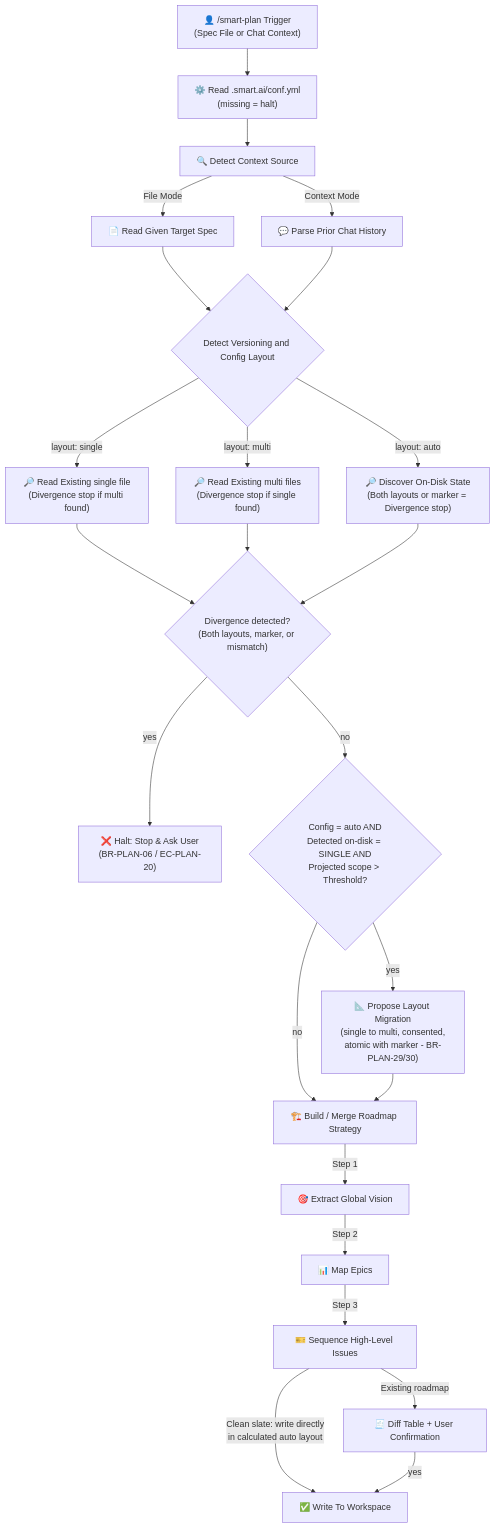
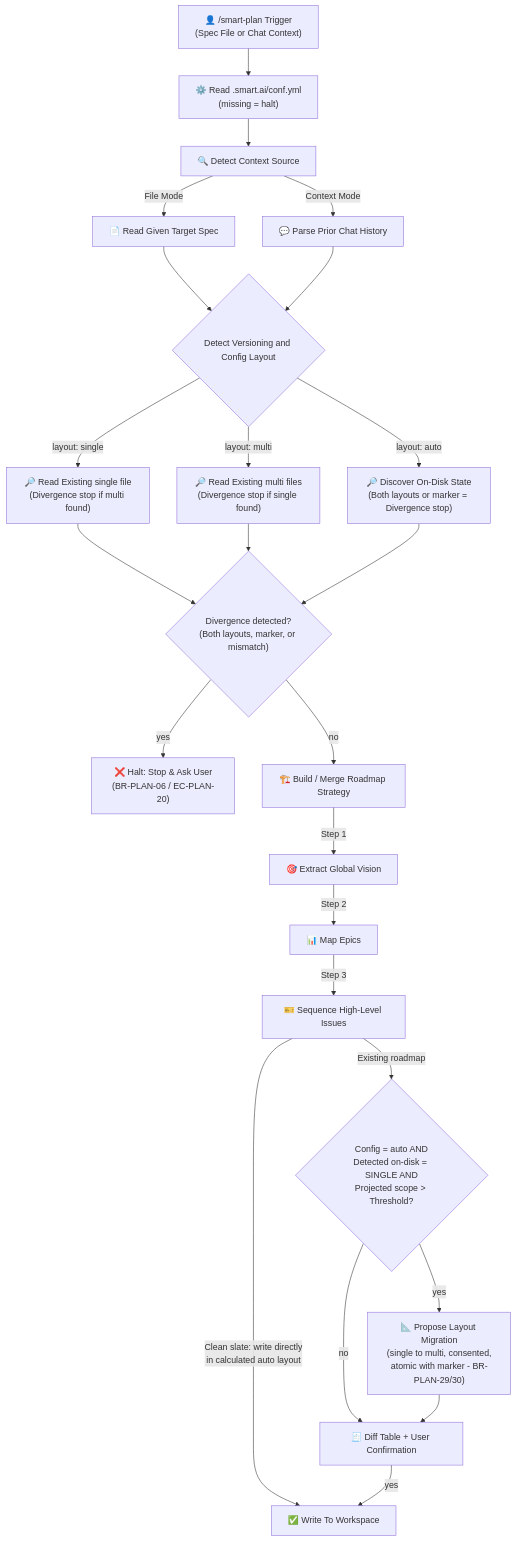
One commit to fletort/smart-ai-factory changed the first of 3 diagrams in docs/specs/smart-plan.md. Above: the diagram before and after it, drawn with Mermaid. The commit also changed other lines of this file, not shown here.

````diff
--- a/docs/specs/smart-plan.md
+++ b/docs/specs/smart-plan.md
@@ -49,36 +49,35 @@
   ```mermaid
   graph TD
       Input["👤 /smart-plan Trigger<br/>(Spec File or Chat Context)"] --> Config["⚙️ Read .smart.ai/conf.yml<br/>(missing = halt)"]
       Config --> Source["🔍 Detect Context Source"]
 
       Source -->|File Mode| ReadFile["📄 Read Given Target Spec"]
       Source -->|Context Mode| ReadChat["💬 Parse Prior Chat History"]
 
       ReadFile --> Strategy{"Detect Versioning and Config Layout"}
       ReadChat --> Strategy
 
       Strategy -->|layout: single| DiscoverSingle["🔎 Read Existing single file<br/>(Divergence stop if multi found)"]
       Strategy -->|layout: multi| DiscoverMulti["🔎 Read Existing multi files<br/>(Divergence stop if single found)"]
       Strategy -->|layout: auto| DiscoverAuto["🔎 Discover On-Disk State<br/>(Both layouts or marker = Divergence stop)"]
 
       DiscoverSingle --> CheckDiv{"Divergence detected?<br/>(Both layouts, marker, or mismatch)"}
       DiscoverMulti --> CheckDiv
       DiscoverAuto --> CheckDiv
 
       CheckDiv -->|yes| HaltDiv["❌ Halt: Stop & Ask User<br/>(BR-PLAN-06 / EC-PLAN-20)"]
-      CheckDiv -->|no| LayoutEval{"Config = auto AND<br/>Detected on-disk = SINGLE AND<br/>Projected scope > Threshold?"}
-
-      LayoutEval{"Config = auto AND<br/>Detected on-disk = SINGLE AND<br/>Projected scope > Threshold?"}
-
-      LayoutEval -->|yes| ProposeLayout["📐 Propose Layout Migration<br/>(single to multi, consented,<br/>atomic with marker - BR-PLAN-29/30)"]
-      LayoutEval -->|no| Process["🏗️ Build / Merge Roadmap Strategy"]
-      ProposeLayout --> Process
+      CheckDiv -->|no| Process["🏗️ Build / Merge Roadmap Strategy"]
 
       Process -->|Step 1| Vision["🎯 Extract Global Vision"]
       Vision -->|Step 2| Epics["📊 Map Epics"]
       Epics -->|Step 3| Issues["🎫 Sequence High-Level Issues"]
 
       Issues -->|Clean slate: write directly<br/>in calculated auto layout| Output["✅ Write To Workspace"]
-      Issues -->|Existing roadmap| Confirm["🧾 Diff Table + User Confirmation"]
+      Issues -->|Existing roadmap| LayoutEval{"Config = auto AND<br/>Detected on-disk = SINGLE AND<br/>Projected scope > Threshold?"}
+
+      LayoutEval -->|yes| ProposeLayout["📐 Propose Layout Migration<br/>(single to multi, consented,<br/>atomic with marker - BR-PLAN-29/30)"]
+      LayoutEval -->|no| Confirm["🧾 Diff Table + User Confirmation"]
+      ProposeLayout --> Confirm
+
       Confirm -->|yes| Output
   ```
````
